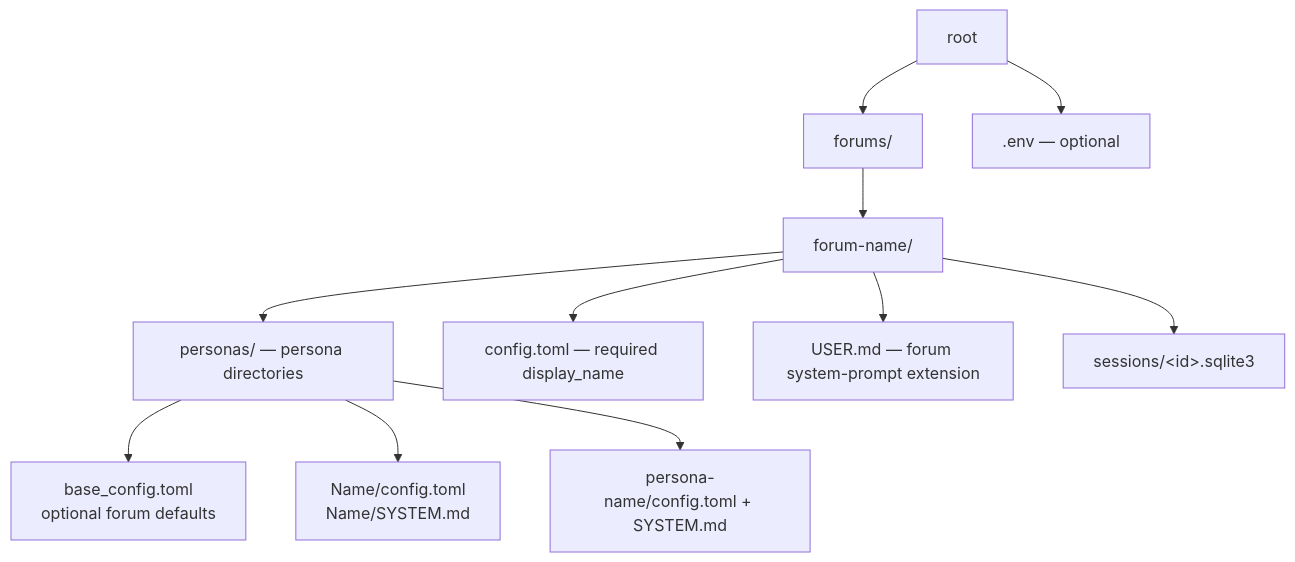
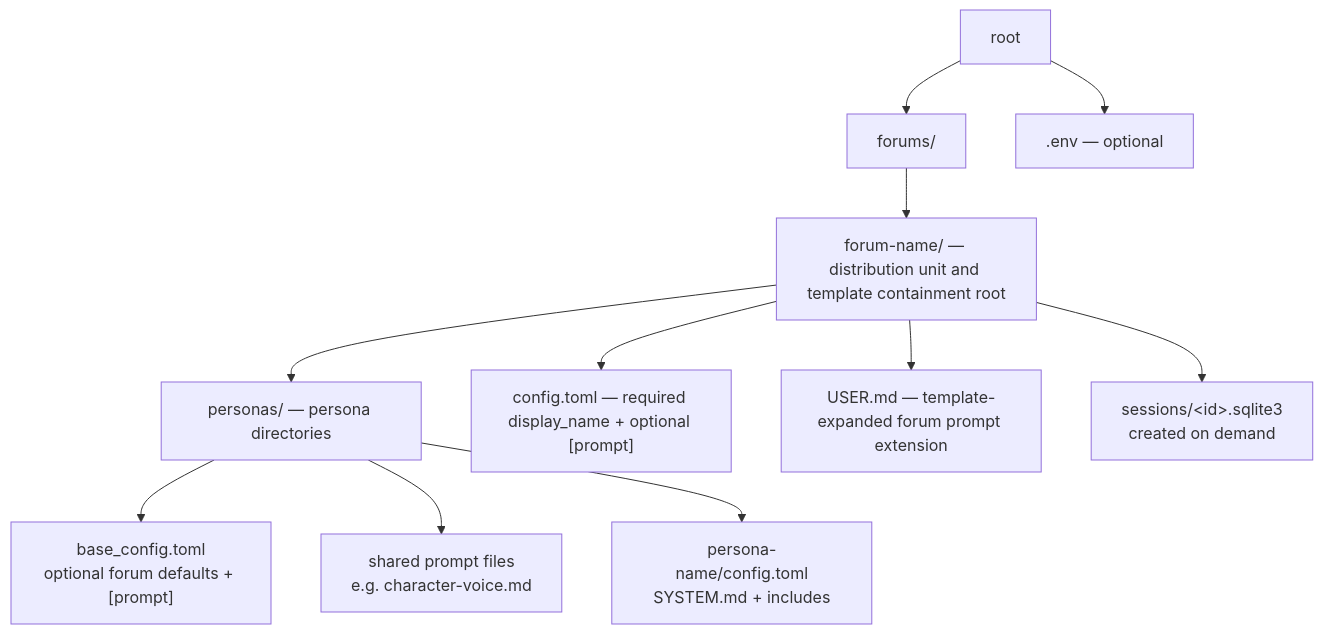
One commit to michaelpopov/cha changed the first of 4 diagrams in src/session/README.md. Above: the diagram before and after it, drawn with Mermaid. The commit also changed other lines of this file and 33 other files, not shown here.

Commit message:
Adding template engine for character profiles

````diff
--- a/src/session/README.md
+++ b/src/session/README.md
@@ -22,13 +22,13 @@
 ```mermaid
 flowchart TD
     root --> forums["forums/"]
     root --> env[".env — optional"]
-    personas --> base["base_config.toml<br/>optional forum defaults"]
-    personas --> p1["Name/config.toml<br/>Name/SYSTEM.md"]
-    forums --> forum["forum-name/"]
-    forum --> config["config.toml — required display_name"]
+    personas --> base["base_config.toml<br/>optional forum defaults + [prompt]"]
+    personas --> shared["shared prompt files<br/>e.g. character-voice.md"]
+    forums --> forum["forum-name/ — distribution unit and template containment root"]
+    forum --> config["config.toml — required display_name + optional [prompt]"]
     forum --> personas["personas/ — persona directories"]
-    personas --> persona["persona-name/config.toml + SYSTEM.md"]
-    forum --> user["USER.md — forum system-prompt extension"]
-    forum --> sessions["sessions/&lt;id&gt;.sqlite3"]
+    personas --> persona["persona-name/config.toml<br/>SYSTEM.md + includes"]
+    forum --> user["USER.md — template-expanded forum prompt extension"]
+    forum --> sessions["sessions/&lt;id&gt;.sqlite3<br/>created on demand"]
 ```
````
